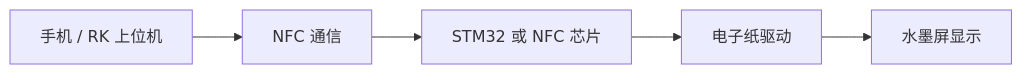
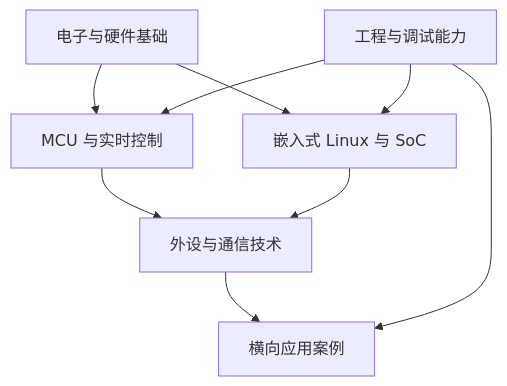
Before and after one commit to QiYang2020/embedded-systems-learning: the diagram in 00-导航/技术全景图.md, drawn with Mermaid. The commit also changed other lines of this file, not shown here.

````diff
--- a/00-导航/技术全景图.md
+++ b/00-导航/技术全景图.md
@@ -5,7 +5,11 @@
 ```mermaid
-flowchart LR
-    A["手机 / RK 上位机"] --> B["NFC 通信"]
-    B --> C["STM32 或 NFC 芯片"]
-    C --> D["电子纸驱动"]
-    D --> E["水墨屏显示"]
+flowchart TD
+    A["电子与硬件基础"] --> B["MCU 与实时控制"]
+    A --> C["嵌入式 Linux 与 SoC"]
+    B --> D["外设与通信技术"]
+    C --> D
+    D --> E["横向应用案例"]
+    F["工程与调试能力"] --> B
+    F --> C
+    F --> E
 ```
````
